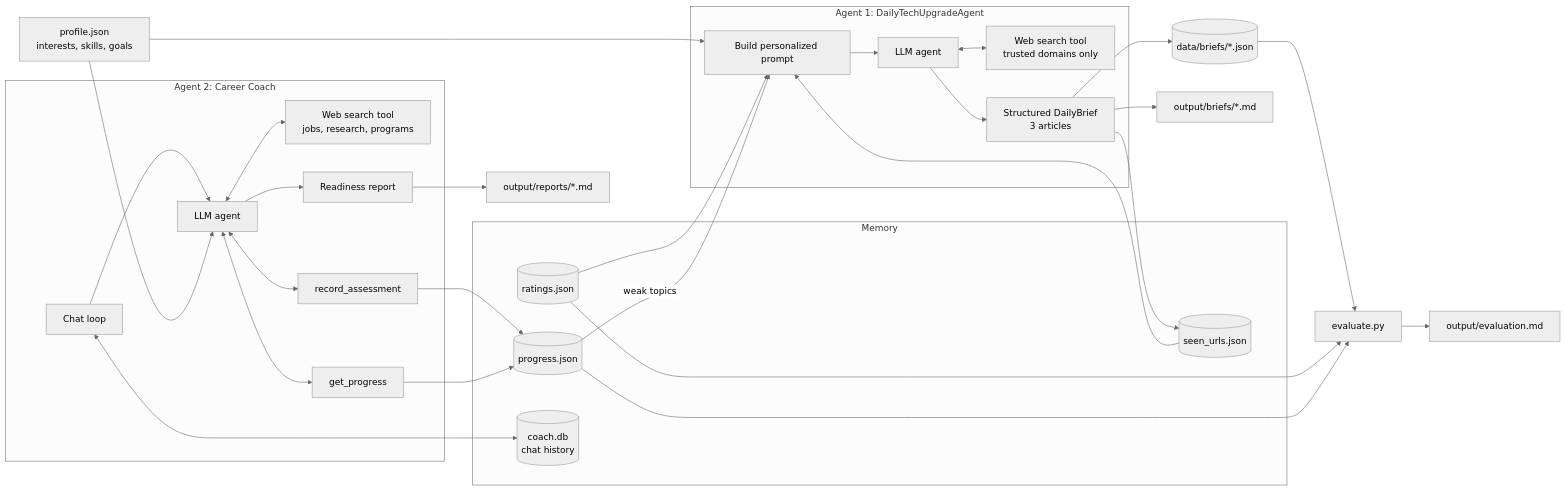
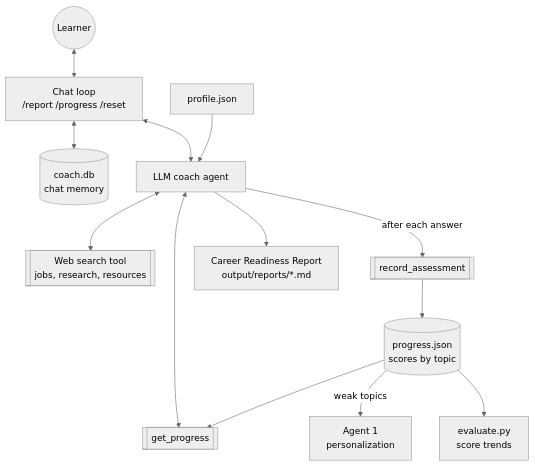
Before and after one commit to EducatedBernie/agentic-ai-coworkers: the second of 2 diagrams in README.md, drawn with Mermaid (neutral theme). The commit also changed other lines of this file and 9 other files, not shown here.

First line of the commit message:
Add submission write-up, per-agent diagrams, and LLM-judge evaluation

````diff
--- a/README.md
+++ b/README.md
@@ -26,43 +47,15 @@
 ```mermaid
-flowchart LR
-    P[profile.json<br/>interests, skills, goals]
-
-    subgraph A1[Agent 1: DailyTechUpgradeAgent]
-        D1[Build personalized prompt] --> D2[LLM agent]
-        D2 <--> WS1[Web search tool<br/>trusted domains only]
-        D2 --> D3[Structured DailyBrief<br/>3 articles]
-    end
-
-    subgraph A2[Agent 2: Career Coach]
-        C1[Chat loop] --> C2[LLM agent]
-        C2 <--> WS2[Web search tool<br/>jobs, research, programs]
-        C2 <--> T1[record_assessment]
-        C2 <--> T2[get_progress]
-        C2 --> C3[Readiness report]
-    end
-
-    subgraph M[Memory]
-        SEEN[(seen_urls.json)]
-        RAT[(ratings.json)]
-        PROG[(progress.json)]
-        SESS[(coach.db<br/>chat history)]
-    end
-
-    P --> D1
-    P --> C2
-    SEEN --> D1
-    RAT --> D1
-    PROG -- weak topics --> D1
-    D3 --> SEEN
-    D3 --> OUT1[output/briefs/*.md]
-    T1 --> PROG
-    T2 --> PROG
-    C1 <--> SESS
-    C3 --> OUT2[output/reports/*.md]
-
-    D3 --> BR[(data/briefs/*.json)]
-    BR --> EV[evaluate.py]
-    RAT --> EV
-    PROG --> EV
-    EV --> OUT3[output/evaluation.md]
+flowchart TB
+    U((Learner)) <--> C1[Chat loop<br/>/report /progress /reset]
+    C1 <--> SESS[(coach.db<br/>chat memory)]
+    C1 <--> C2[LLM coach agent]
+    P[profile.json] --> C2
+    C2 <--> WS[[Web search tool<br/>jobs, research, resources]]
+    C2 -- after each answer --> T1[[record_assessment]]
+    C2 <--> T2[[get_progress]]
+    C2 --> R[Career Readiness Report<br/>output/reports/*.md]
+    T1 --> PROG[(progress.json<br/>scores by topic)]
+    PROG --> T2
+    PROG -- weak topics --> A1[Agent 1<br/>personalization]
+    PROG --> EV[evaluate.py<br/>score trends]
 ```
````
